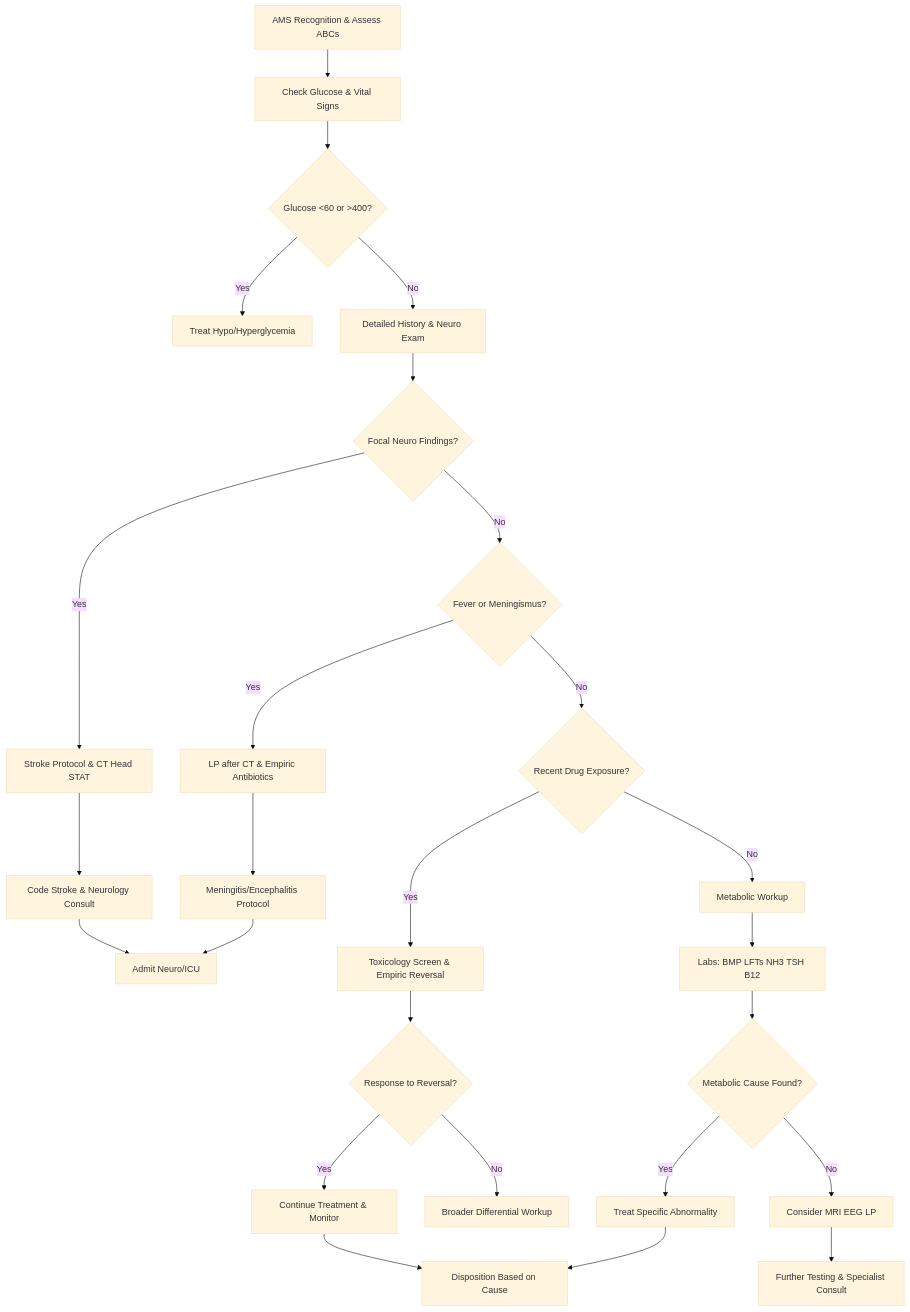
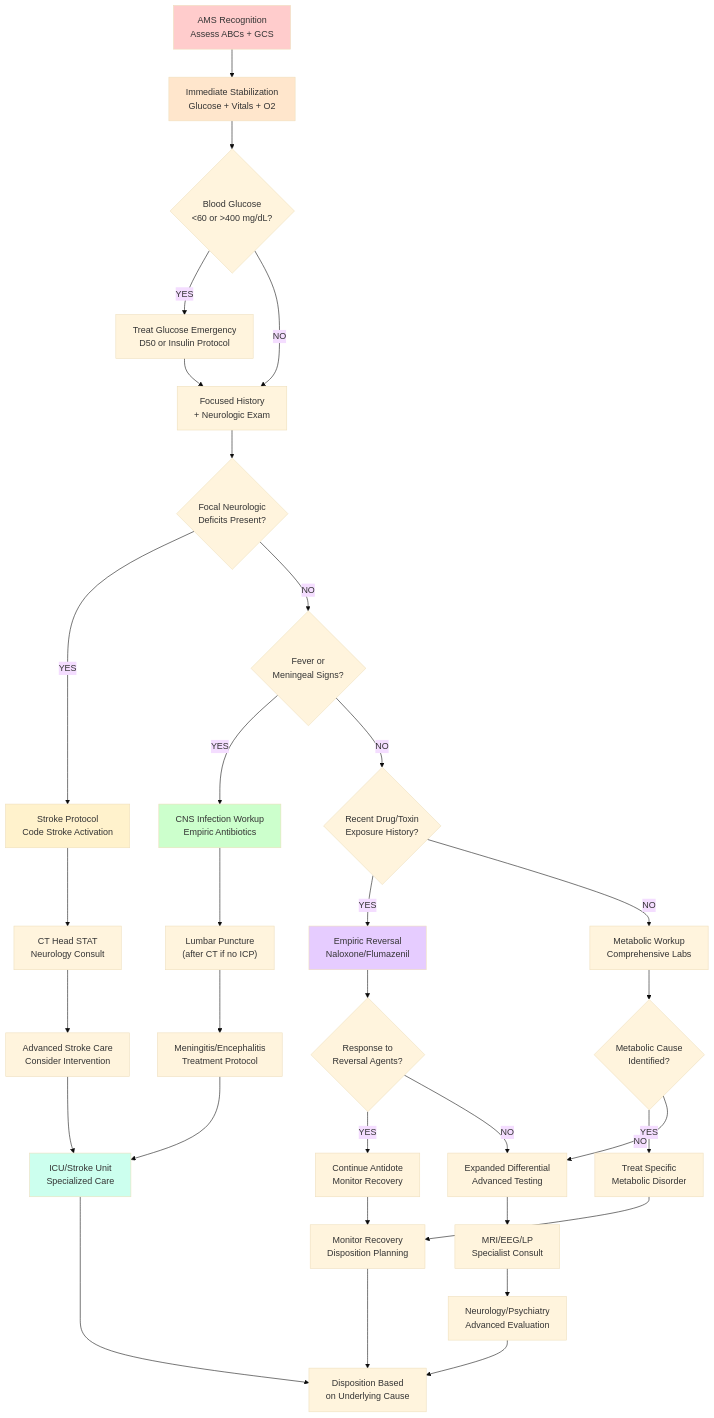
Before and after one commit to bhavenmurji/RapidResponseCentral: the diagram in Assets/RapidResponseCentralDocumentationVault/Protocols/RRTs/Altered Mental Status.md, drawn with Mermaid (base theme). The commit also changed other lines of this file and 6438 other files, not shown here.

````diff
--- a/Assets/RapidResponseCentralDocumentationVault/Protocols/RRTs/Altered Mental Status.md
+++ b/Assets/RapidResponseCentralDocumentationVault/Protocols/RRTs/Altered Mental Status.md
@@ -118,53 +12,51 @@
-```mermaid
+~~~mermaid
 graph TD
-    A[AMS Recognition & Assess ABCs]
-    B[Check Glucose & Vital Signs]
-    C{Glucose <60 or >400?}
-    D[Treat Hypo/Hyperglycemia]
-    E[Detailed History & Neuro Exam]
-    F{Focal Neuro Findings?}
-    G[Stroke Protocol & CT Head STAT]
-    H{Fever or Meningismus?}
-    I[Code Stroke & Neurology Consult]
-    J[LP after CT & Empiric Antibiotics]
-    K{Recent Drug Exposure?}
-    L[Meningitis/Encephalitis Protocol]
-    M[Toxicology Screen & Empiric Reversal]
-    N[Metabolic Workup]
-    O{Response to Reversal?}
-    P[Continue Treatment & Monitor]
-    Q[Broader Differential Workup]
-    R[Labs: BMP LFTs NH3 TSH B12]
-    S{Metabolic Cause Found?}
-    T[Treat Specific Abnormality]
-    U[Consider MRI EEG LP]
-    V[Admit Neuro/ICU]
-    W[Disposition Based on Cause]
-    X[Further Testing & Specialist Consult]
-
-    A --> B
-    B --> C
-    C -- Yes --> D
-    C -- No --> E
-    E --> F
-    F -- Yes --> G
-    F -- No --> H
-    G --> I
-    H -- Yes --> J
-    H -- No --> K
-    J --> L
-    K -- Yes --> M
-    K -- No --> N
-    M --> O
-    O -- Yes --> P
-    O -- No --> Q
-    N --> R
-    R --> S
-    S -- Yes --> T
-    S -- No --> U
-    I --> V
-    L --> V
-    P --> W
-    T --> W
-    U --> X
-```
+    A["AMS Recognition<br/>Assess ABCs + GCS"] --> B["Immediate Stabilization<br/>Glucose + Vitals + O2"]
+    
+    B --> C{"Blood Glucose<br/><60 or >400 mg/dL?"}
+    
+    C -->|YES| D["Treat Glucose Emergency<br/>D50 or Insulin Protocol"]
+    C -->|NO| E["Focused History<br/>+ Neurologic Exam"]
+    
+    D --> E
+    E --> F{"Focal Neurologic<br/>Deficits Present?"}
+    
+    F -->|YES| G["Stroke Protocol<br/>Code Stroke Activation"]
+    F -->|NO| H{"Fever or<br/>Meningeal Signs?"}
+    
+    G --> I["CT Head STAT<br/>Neurology Consult"]
+    H -->|YES| J["CNS Infection Workup<br/>Empiric Antibiotics"]
+    H -->|NO| K{"Recent Drug/Toxin<br/>Exposure History?"}
+    
+    I --> L["Advanced Stroke Care<br/>Consider Intervention"]
+    J --> M["Lumbar Puncture<br/>(after CT if no ICP)"]
+    K -->|YES| N["Empiric Reversal<br/>Naloxone/Flumazenil"]
+    K -->|NO| O["Metabolic Workup<br/>Comprehensive Labs"]
+    
+    M --> P["Meningitis/Encephalitis<br/>Treatment Protocol"]
+    N --> Q{"Response to<br/>Reversal Agents?"}
+    O --> R{"Metabolic Cause<br/>Identified?"}
+    
+    Q -->|YES| S["Continue Antidote<br/>Monitor Recovery"]
+    Q -->|NO| T["Expanded Differential<br/>Advanced Testing"]
+    R -->|YES| U["Treat Specific<br/>Metabolic Disorder"]
+    R -->|NO| T
+    
+    L --> V["ICU/Stroke Unit<br/>Specialized Care"]
+    P --> V
+    S --> W["Monitor Recovery<br/>Disposition Planning"]
+    T --> X["MRI/EEG/LP<br/>Specialist Consult"]
+    U --> W
+    
+    X --> Y["Neurology/Psychiatry<br/>Advanced Evaluation"]
+    W --> Z["Disposition Based<br/>on Underlying Cause"]
+    V --> Z
+    Y --> Z
+    
+    style A fill:#ffcccc
+    style B fill:#ffe6cc
+    style G fill:#fff2cc
+    style J fill:#ccffcc
+    style N fill:#e6ccff
+    style V fill:#ccffee
+~~~
````
